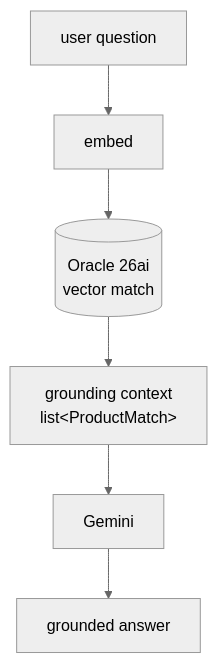
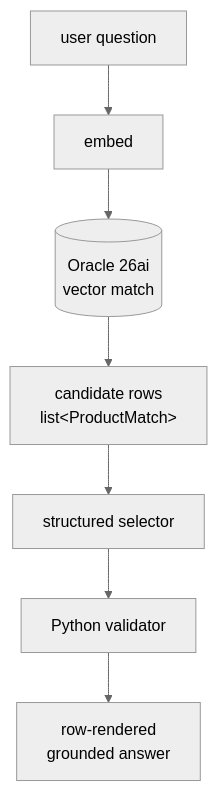
The diagram in docs/concepts/rag.md (cofin/oracledb-vertexai-demo), drawn with Mermaid (neutral theme) before and after one commit. The commit also changed other lines of this file and 287 other files, not shown here.

````diff
--- a/docs/concepts/rag.md
+++ b/docs/concepts/rag.md
@@ -9,8 +9,9 @@
 ```{mermaid}
 flowchart TD
     Q[user question] --> E[embed]
     E --> R[(Oracle 26ai<br/>vector match)]
-    R --> G[grounding context<br/>list&lt;ProductMatch&gt;]
-    G --> M[Gemini]
-    M --> A[grounded answer]
+    R --> G[candidate rows<br/>list&lt;ProductMatch&gt;]
+    G --> S[structured selector]
+    S --> V[Python validator]
+    V --> A[row-rendered<br/>grounded answer]
 ```
````
